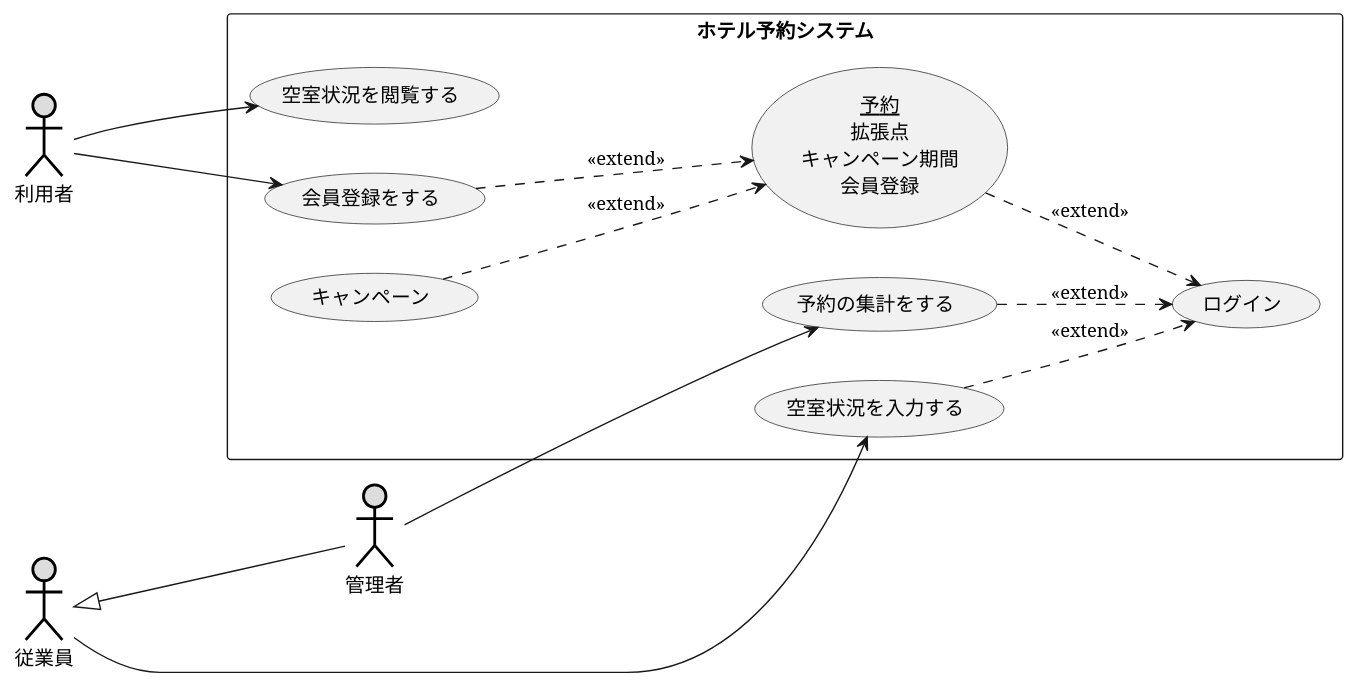
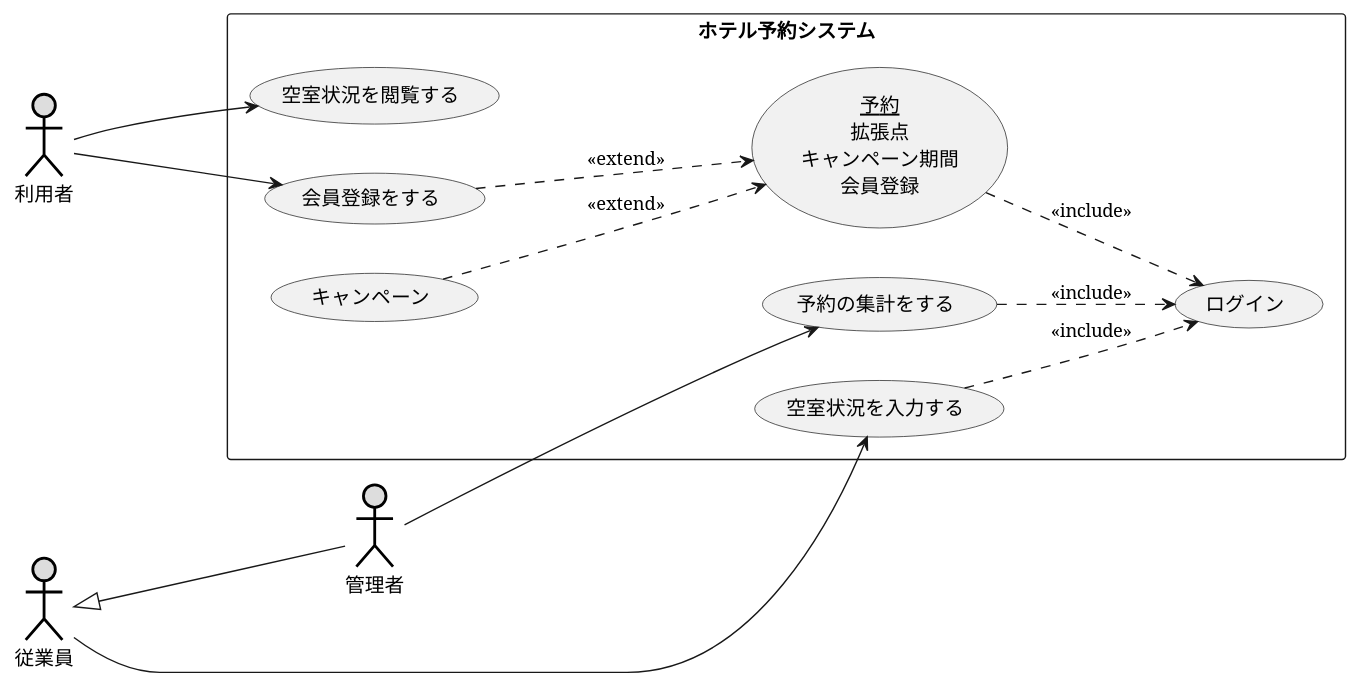
Before and after one commit to itouayumu/uml-introduction-: the diagram in 演習2-8_UC_ホテル予約システム.pu, drawn with PlantUML.

Commit message:
演習

```diff
--- a/演習2-8_UC_ホテル予約システム.pu
+++ b/演習2-8_UC_ホテル予約システム.pu
@@ -1,28 +1,28 @@
 @startuml ユースケース図
 left to right direction
 
      actor 利用者 as u1 #DDDDDD;line:black;line.bold;
      actor 従業員 as u2 #DDDDDD;line:black;line.bold;
      actor 管理者 as u3 #DDDDDD;line:black;line.bold;
 
 rectangle ホテル予約システム {
 usecase 空室状況を閲覧する as a1
 usecase 予約の集計をする as a4
 usecase 会員登録をする as a5
 usecase (<u>予約</u>\n拡張点\nキャンペーン期間\n会員登録) as a6
 usecase ログイン as a7
 usecase 空室状況を入力する as a3
 usecase キャンペーン as a8
 }
 u1--->a5
 a8 ...>(a6) : <<extend>>
 u1--->a1
 u2<|---u3
 u3--->a4
 u2-->a3
 a5 ...>(a6) : <<extend>>
-a6 ..>(a7) : <<extend>>
-a4 ..>(a7) : <<extend>>
-a3 ..>(a7) : <<extend>>
+a6 ..>(a7) : <<include>>
+a4 ..>(a7) : <<include>>
+a3 ..>(a7) : <<include>>
 
 @enduml
```
